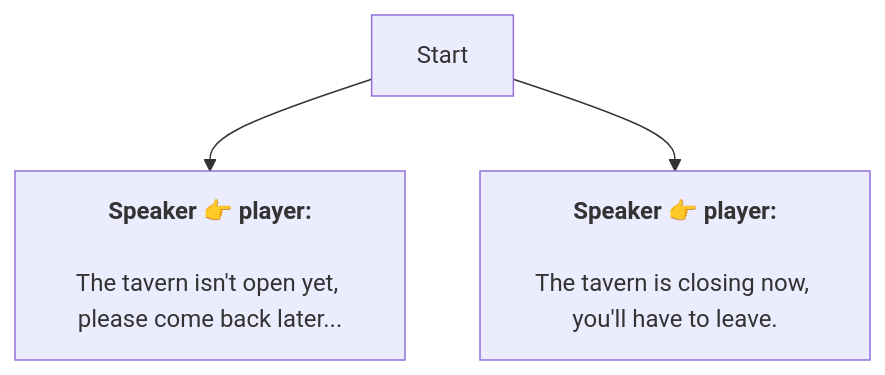
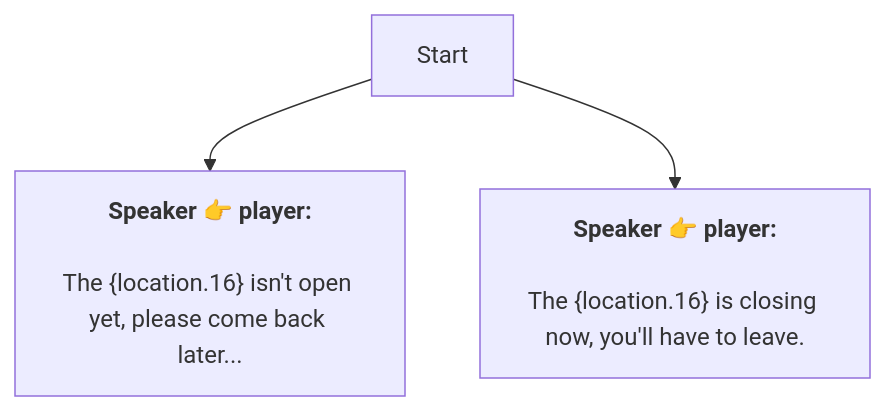
Before and after one commit to SoftHu/tos_avg: the diagram in En/Bar.md, drawn with Mermaid. The commit also changed 730 other files, not shown here.

````diff
--- a/En/Bar.md
+++ b/En/Bar.md
@@ -1,8 +1,8 @@
 ```mermaid
 graph
 Start -->1760023005773387[<b>Speaker 👉 player:</b>
-\nThe tavern isn't open yet, please come back later...]
+\nThe &lbrace;location.16&rbrace; isn't open yet, please come back later...]
 Start -->1760023269891661[<b>Speaker 👉 player:</b>
-\nThe tavern is closing now, you'll have to leave.]
+\nThe &lbrace;location.16&rbrace; is closing now, you'll have to leave.]
 
 ```
````
